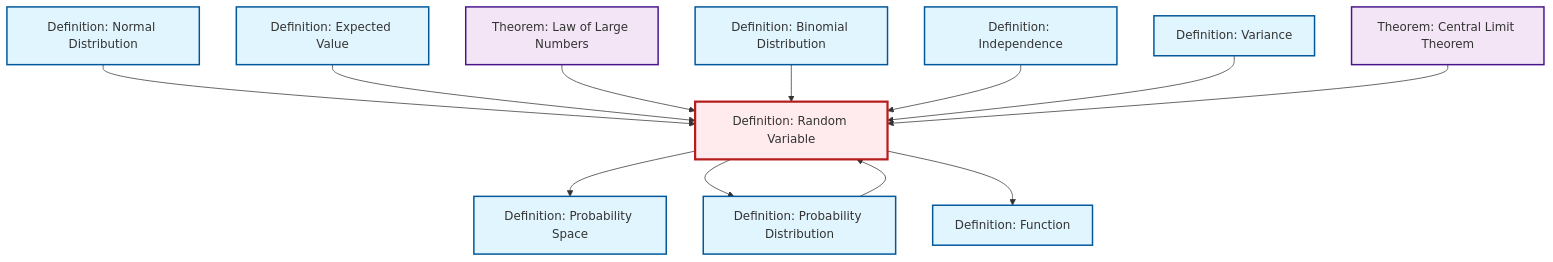
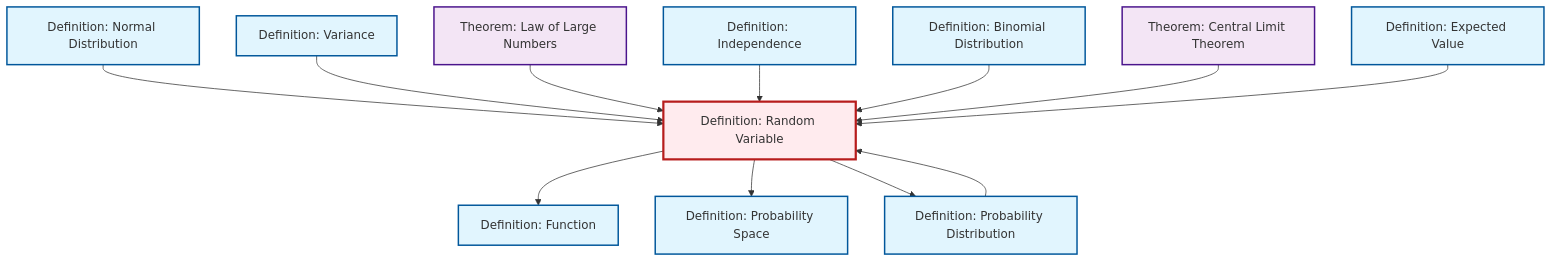
Before and after one commit to RK0429/ModernMath: the diagram in content/en/probability-statistics/def-random-variable.qmd, drawn with Mermaid. The commit also changed other lines of this file and 1069 other files, not shown here.

````diff
--- a/content/en/probability-statistics/def-random-variable.qmd
+++ b/content/en/probability-statistics/def-random-variable.qmd
@@ -49,42 +49,42 @@
 ```{mermaid}
 %%| fig-cap: "Local dependency graph"
 graph TD
     classDef definition fill:#e1f5fe,stroke:#01579b,stroke-width:2px
     classDef theorem fill:#f3e5f5,stroke:#4a148c,stroke-width:2px
     classDef axiom fill:#fff3e0,stroke:#e65100,stroke-width:2px
     classDef example fill:#e8f5e9,stroke:#1b5e20,stroke-width:2px
     classDef current fill:#ffebee,stroke:#b71c1c,stroke-width:3px
-    def-binomial-distribution["Definition: Binomial Distribution"]:::definition
-    def-normal-distribution["Definition: Normal Distribution"]:::definition
-    thm-law-of-large-numbers["Theorem: Law of Large Numbers"]:::theorem
-    def-probability-distribution["Definition: Probability Distribution"]:::definition
-    def-variance["Definition: Variance"]:::definition
     def-expectation["Definition: Expected Value"]:::definition
-    def-random-variable["Definition: Random Variable"]:::definition
     thm-central-limit["Theorem: Central Limit Theorem"]:::theorem
     def-function["Definition: Function"]:::definition
+    def-binomial-distribution["Definition: Binomial Distribution"]:::definition
+    def-random-variable["Definition: Random Variable"]:::definition
+    def-variance["Definition: Variance"]:::definition
+    def-probability-space["Definition: Probability Space"]:::definition
+    thm-law-of-large-numbers["Theorem: Law of Large Numbers"]:::theorem
     def-independence["Definition: Independence"]:::definition
-    def-probability-space["Definition: Probability Space"]:::definition
+    def-probability-distribution["Definition: Probability Distribution"]:::definition
+    def-normal-distribution["Definition: Normal Distribution"]:::definition
     def-normal-distribution --> def-random-variable
+    def-probability-distribution --> def-random-variable
+    def-variance --> def-random-variable
+    def-random-variable --> def-function
+    thm-law-of-large-numbers --> def-random-variable
+    def-independence --> def-random-variable
     def-random-variable --> def-probability-space
-    def-expectation --> def-random-variable
-    def-probability-distribution --> def-random-variable
-    thm-law-of-large-numbers --> def-random-variable
     def-random-variable --> def-probability-distribution
     def-binomial-distribution --> def-random-variable
-    def-random-variable --> def-function
-    def-independence --> def-random-variable
-    def-variance --> def-random-variable
     thm-central-limit --> def-random-variable
+    def-expectation --> def-random-variable
     class def-random-variable current
-    click def-binomial-distribution "def-binomial-distribution.html" "Go to Binomial Distribution definition"
-    click def-normal-distribution "def-normal-distribution.html" "Go to Normal Distribution definition"
-    click thm-law-of-large-numbers "thm-law-of-large-numbers.html" "Go to Law of Large Numbers theorem"
-    click def-probability-distribution "def-probability-distribution.html" "Go to Probability Distribution definition"
-    click def-variance "def-variance.html" "Go to Variance definition"
     click def-expectation "def-expectation.html" "Go to Expected Value definition"
     click thm-central-limit "thm-central-limit.html" "Go to Central Limit Theorem theorem"
     click def-function "def-function.html" "Go to Function definition"
+    click def-binomial-distribution "def-binomial-distribution.html" "Go to Binomial Distribution definition"
+    click def-variance "def-variance.html" "Go to Variance definition"
+    click def-probability-space "def-probability-space.html" "Go to Probability Space definition"
+    click thm-law-of-large-numbers "thm-law-of-large-numbers.html" "Go to Law of Large Numbers theorem"
     click def-independence "def-independence.html" "Go to Independence definition"
-    click def-probability-space "def-probability-space.html" "Go to Probability Space definition"
+    click def-probability-distribution "def-probability-distribution.html" "Go to Probability Distribution definition"
+    click def-normal-distribution "def-normal-distribution.html" "Go to Normal Distribution definition"
 ```
````
